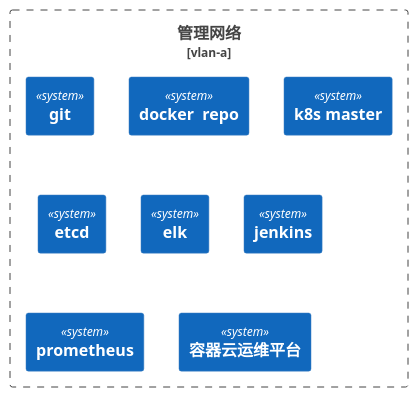
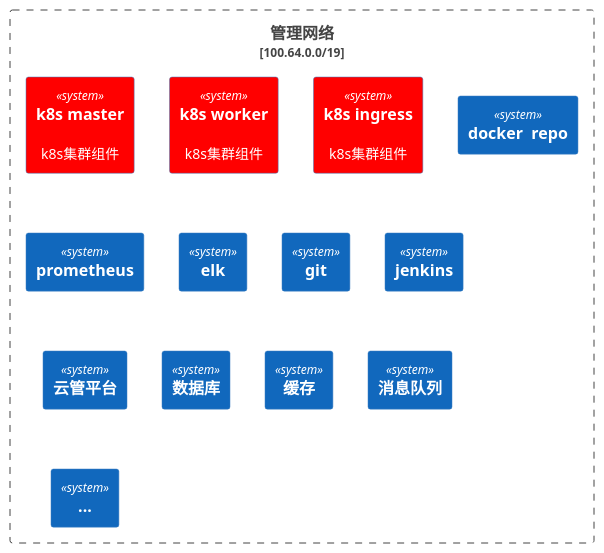
Before and after one commit to gardenerframework/impatiens: the second of 8 diagrams in 云与虚拟化/调度系统/k8s/实践/k8s生产集群部署/1. 网络规划/readme.md, drawn with PlantUML. The commit also changed other lines of this file and 2 other files, not shown here.

````diff
--- a/云与虚拟化/调度系统/k8s/实践/k8s生产集群部署/1. 网络规划/readme.md
+++ b/云与虚拟化/调度系统/k8s/实践/k8s生产集群部署/1. 网络规划/readme.md
@@ -227,16 +128,21 @@
 ```plantuml
 @startuml
 !include  https://plantuml.s3.cn-north-1.jdcloud-oss.com/C4_Container.puml
 
-Boundary(管理网络, 管理网络, vlan-a) {
+Boundary(管理网络, 管理网络, 100.64.0.0/19) {
+    System(master, k8s master, k8s集群组件) #red
+    System(worker, k8s worker, k8s集群组件) #red
+    System(ingress, k8s ingress, k8s集群组件) #red
+    System(dockerRepo, docker  repo)
+    System(prometheus, prometheus)
+    System(elk, elk)
     System(git, git)
-    System(dockerRepo, docker  repo)
-    System(k8smaster, k8s master)
-    System(etcd, etcd)
-    System(elk, elk)
     System(jenkins, jenkins)
-    System(prometheus, prometheus)
-    System(容器云运维平台, 容器云运维平台)
+    System(云管平台, 云管平台)
+    System(数据库, 数据库)
+    System(缓存, 缓存)
+    System(消息队列, 消息队列)
+    System(..., ...)
 }
 @enduml
 ```
````
